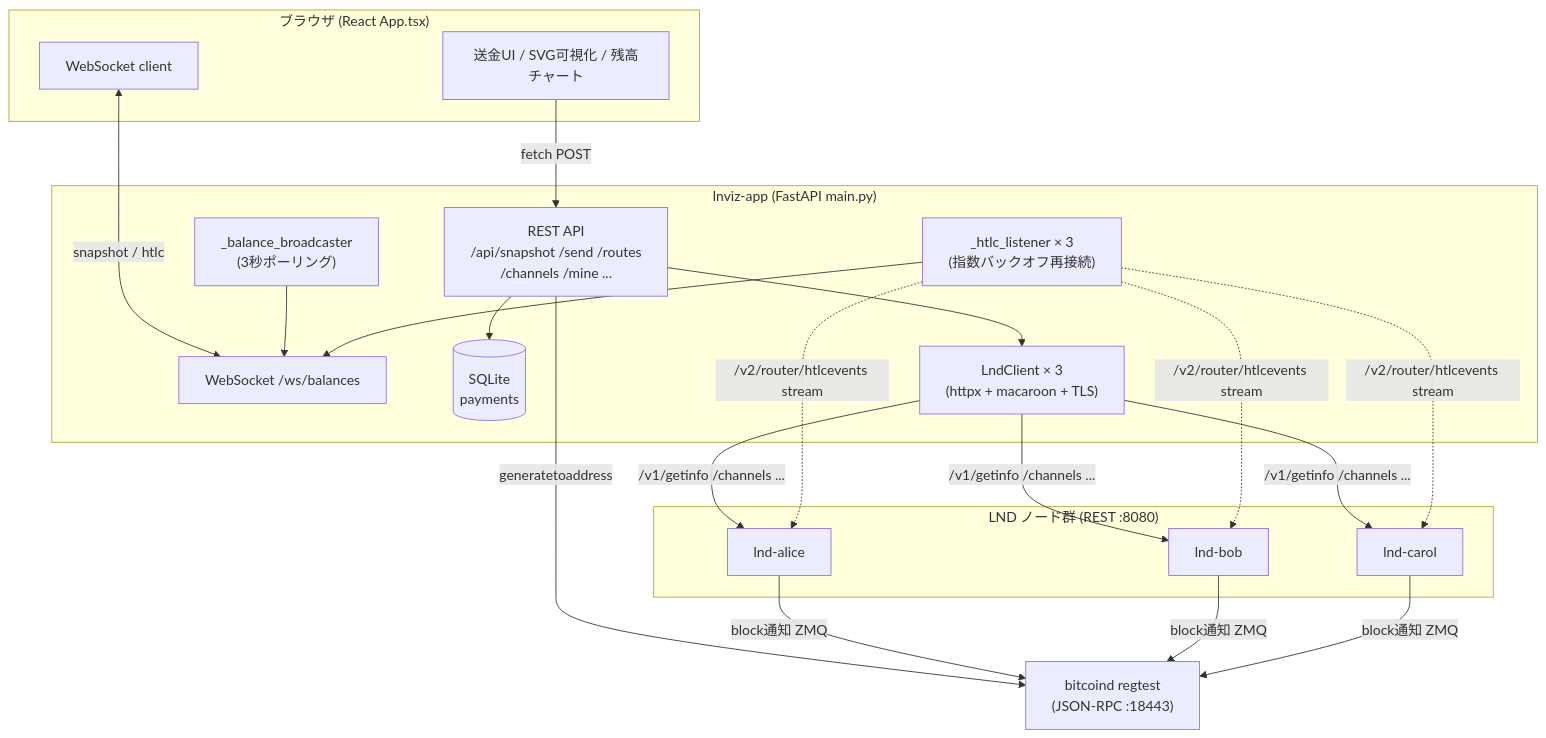
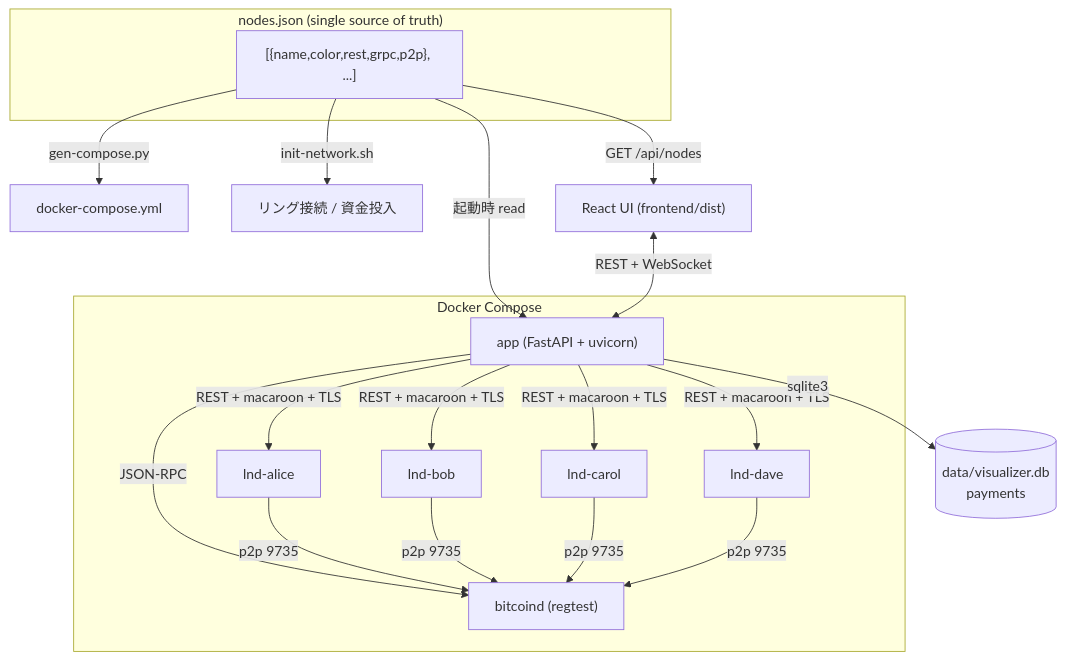
The first of 3 diagrams in EXPLANATION.md (1minami/ln-channel-visualizer), drawn with Mermaid before and after one commit. The commit also changed other lines of this file, not shown here.

````diff
--- a/EXPLANATION.md
+++ b/EXPLANATION.md
@@ -31,35 +25,26 @@
 ```mermaid
-graph TB
-    subgraph Browser["ブラウザ (React App.tsx)"]
-        UI["送金UI / SVG可視化 / 残高チャート"]
-        WS_C["WebSocket client"]
-    end
+flowchart TB
+  subgraph SSOT["nodes.json (single source of truth)"]
+    NJ["[{name,color,rest,grpc,p2p}, ...]"]
+  end
 
-    subgraph App["lnviz-app (FastAPI main.py)"]
-        REST["REST API\n/api/snapshot /send /routes\n/channels /mine ..."]
-        WSS["WebSocket /ws/balances"]
-        BC["_balance_broadcaster\n(3秒ポーリング)"]
-        HL["_htlc_listener × 3\n(指数バックオフ再接続)"]
-        DB[("SQLite\npayments")]
-        LC["LndClient × 3\n(httpx + macaroon + TLS)"]
-    end
+  NJ -->|gen-compose.py| DC["docker-compose.yml"]
+  NJ -->|init-network.sh| RING["リング接続 / 資金投入"]
+  NJ -->|起動時 read| BE
+  NJ -->|GET /api/nodes| FE
 
-    subgraph LND["LND ノード群 (REST :8080)"]
-        A["lnd-alice"]
-        B["lnd-bob"]
-        C["lnd-carol"]
-    end
+  subgraph Docker["Docker Compose"]
+    BTC["bitcoind (regtest)"]
+    L1["lnd-alice"]
+    L2["lnd-bob"]
+    L3["lnd-carol"]
+    L4["lnd-dave"]
+    BE["app (FastAPI + uvicorn)"]
+  end
 
-    BTC["bitcoind regtest\n(JSON-RPC :18443)"]
-
-    UI -->|fetch POST| REST
-    WS_C <-->|snapshot / htlc| WSS
-    BC --> WSS
-    HL --> WSS
-    REST --> LC
-    REST -->|generatetoaddress| BTC
-    LC -->|/v1/getinfo /channels ...| A & B & C
-    HL -.->|/v2/router/htlcevents stream| A & B & C
-    A & B & C -->|block通知 ZMQ| BTC
-    REST --> DB
+  FE["React UI (frontend/dist)"] <-->|REST + WebSocket| BE
+  BE -->|REST + macaroon + TLS| L1 & L2 & L3 & L4
+  BE -->|JSON-RPC| BTC
+  BE -->|sqlite3| DB[("data/visualizer.db<br/>payments")]
+  L1 & L2 & L3 & L4 -->|p2p 9735| BTC
 ```
````
